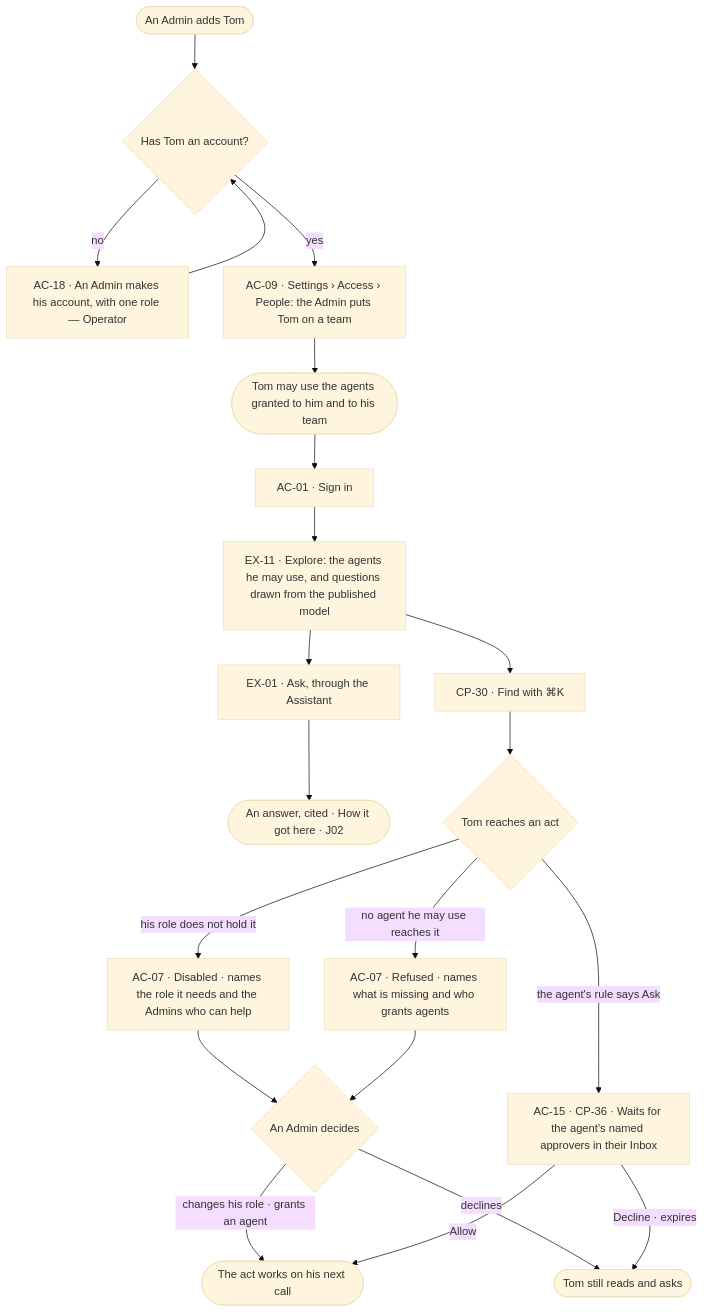
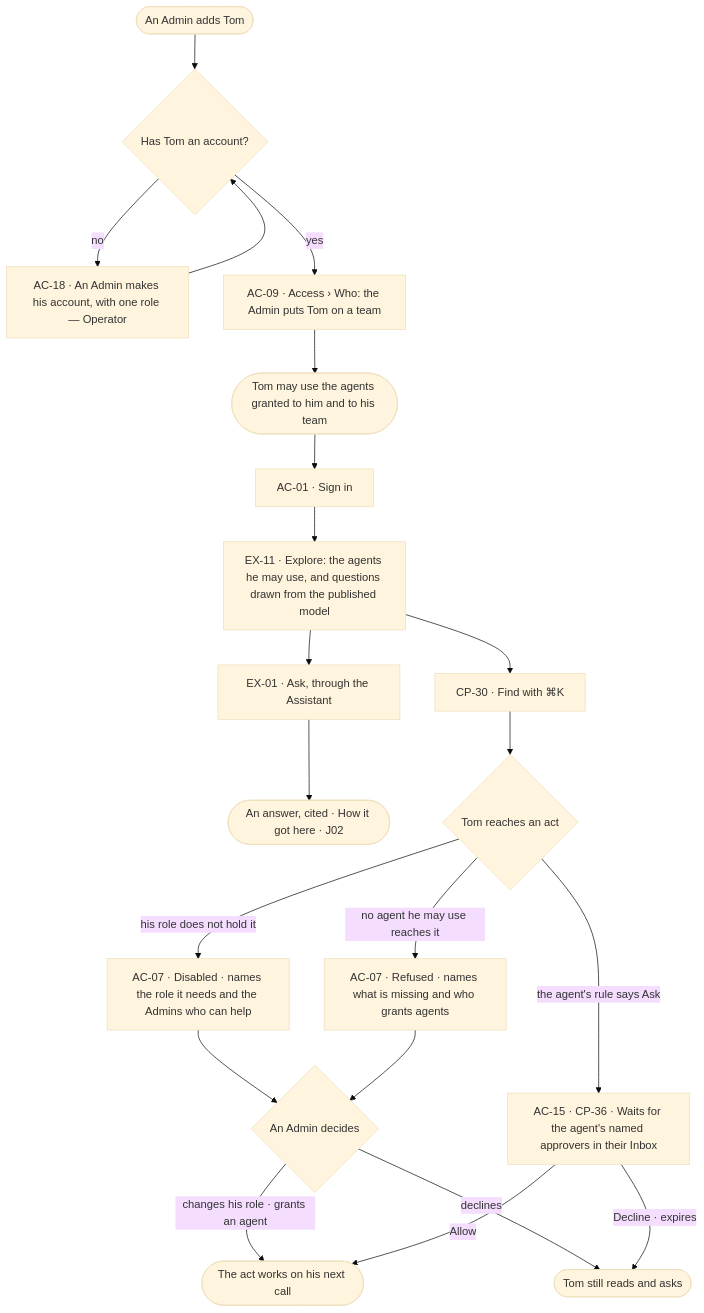
One commit to invana/invana changed the diagram in specs/journeys/J05-join-a-team.md. Above: the diagram before and after it, drawn with Mermaid (base theme). The commit also changed 133 other files, not shown here.

````diff
--- a/specs/journeys/J05-join-a-team.md
+++ b/specs/journeys/J05-join-a-team.md
@@ -16,21 +16,21 @@
 ```mermaid
 flowchart TD
   P([An Admin adds Tom]) --> Q{"Has Tom an account?"}
   Q -->|no| Q2["AC-18 · An Admin makes his account, with one role — Operator"] --> Q
-  Q -->|yes| T["AC-09 · Settings › Access › People: the Admin puts Tom on a team"]
+  Q -->|yes| T["AC-09 · Access › Who: the Admin puts Tom on a team"]
   T --> A(["Tom may use the agents granted to him and to his team"])
   A --> B["AC-01 · Sign in"]
   B --> D["EX-11 · Explore: the agents he may use, and questions drawn from the published model"]
   D --> E["EX-01 · Ask, through the Assistant"]
   E --> F(["An answer, cited · How it got here · J02"])
   D --> G["CP-30 · Find with ⌘K"]
   G --> H{"Tom reaches an act"}
   H -->|his role does not hold it| I["AC-07 · Disabled · names the role it needs and the Admins who can help"]
   I --> K{"An Admin decides"}
   K -->|changes his role · grants an agent| M(["The act works on his next call"])
   K -->|declines| N(["Tom still reads and asks"])
   H -->|the agent's rule says Ask| AS["AC-15 · CP-36 · Waits for the agent's named approvers in their Inbox"]
   AS -->|Allow| M
   AS -->|Decline · expires| N
   H -->|no agent he may use reaches it| R["AC-07 · Refused · names what is missing and who grants agents"] --> K
 ```
````
